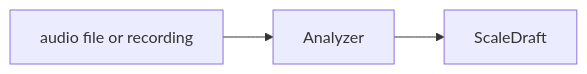
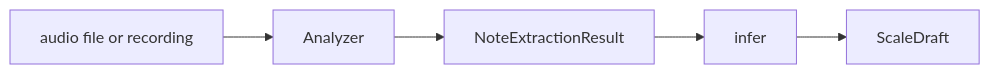
The first of 6 diagrams in docs/architecture/analyzer.md (robertdyr/skales-v1), drawn with Mermaid before and after one commit. The commit also changed other lines of this file and 34 other files, not shown here.

````diff
--- a/docs/architecture/analyzer.md
+++ b/docs/architecture/analyzer.md
@@ -11,4 +11,5 @@
 ```mermaid
 flowchart LR
-    Audio["audio file or recording"] --> Analyzer["Analyzer"] --> Draft["ScaleDraft"]
+    Audio["audio file or recording"] --> Analyzer["Analyzer"] --> Evidence["NoteExtractionResult"]
+    Evidence --> Infer["infer"] --> Draft["ScaleDraft"]
 ```
````
